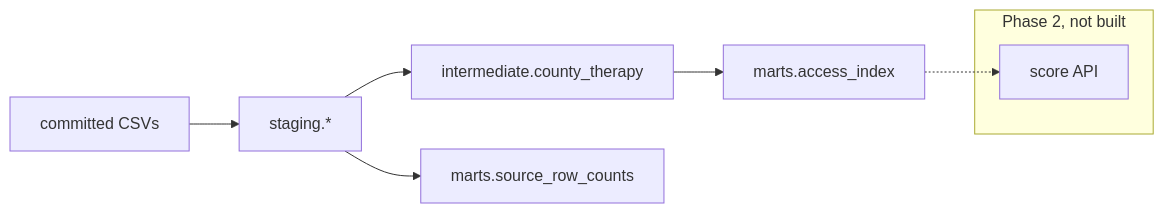
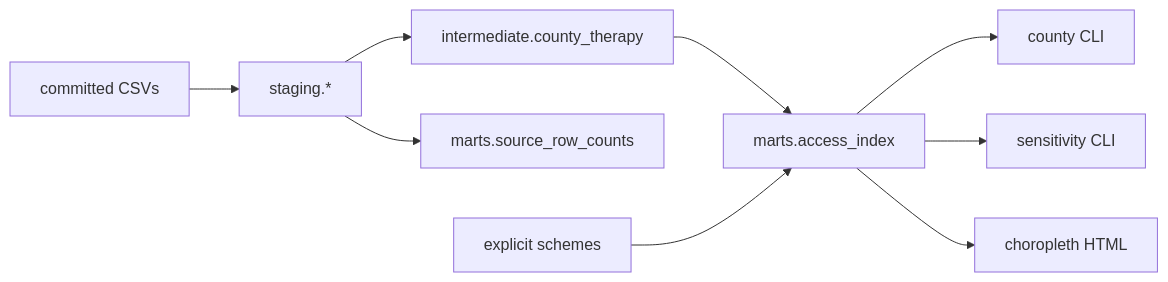
Before and after one commit to TechieGoku2623/access-gap: the diagram in README.md, drawn with Mermaid. The commit also changed other lines of this file and 15 other files, not shown here.

First line of the commit message:
Implement Phase 1–3 vertical slice: warehouse, county index, map.

````diff
--- a/README.md
+++ b/README.md
@@ -137,11 +191,11 @@
 ```mermaid
 flowchart LR
     csv[committed CSVs] --> staging[staging.*]
     staging --> inter[intermediate.county_therapy]
     inter --> marts[marts.access_index]
     staging --> cov[marts.source_row_counts]
-    subgraph later [Phase 2, not built]
-      api[score API]
-    end
-    marts -.-> api
+    weights[explicit schemes] --> marts
+    marts --> county[county CLI]
+    marts --> sens[sensitivity CLI]
+    marts --> map[choropleth HTML]
 ```
````
